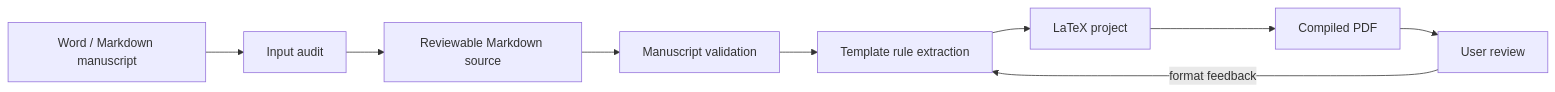
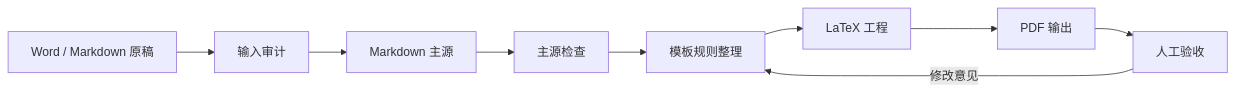
One commit to TeoZ123/manuscript-to-latex-pdf-skill changed the diagram in README.md. Above: the diagram before and after it, drawn with Mermaid. The commit also changed other lines of this file and 3 other files, not shown here.

````diff
--- a/README.md
+++ b/README.md
@@ -28,11 +71,11 @@
 ```mermaid
 flowchart LR
-    A["Word / Markdown manuscript"] --> B["Input audit"]
-    B --> C["Reviewable Markdown source"]
-    C --> D["Manuscript validation"]
-    D --> E["Template rule extraction"]
-    E --> F["LaTeX project"]
-    F --> G["Compiled PDF"]
-    G --> H["User review"]
-    H -->|"format feedback"| E
+    A["Word / Markdown 原稿"] --> B["输入审计"]
+    B --> C["Markdown 主源"]
+    C --> D["主源检查"]
+    D --> E["模板规则整理"]
+    E --> F["LaTeX 工程"]
+    F --> G["PDF 输出"]
+    G --> H["人工验收"]
+    H -->|"修改意见"| E
 ```
````
